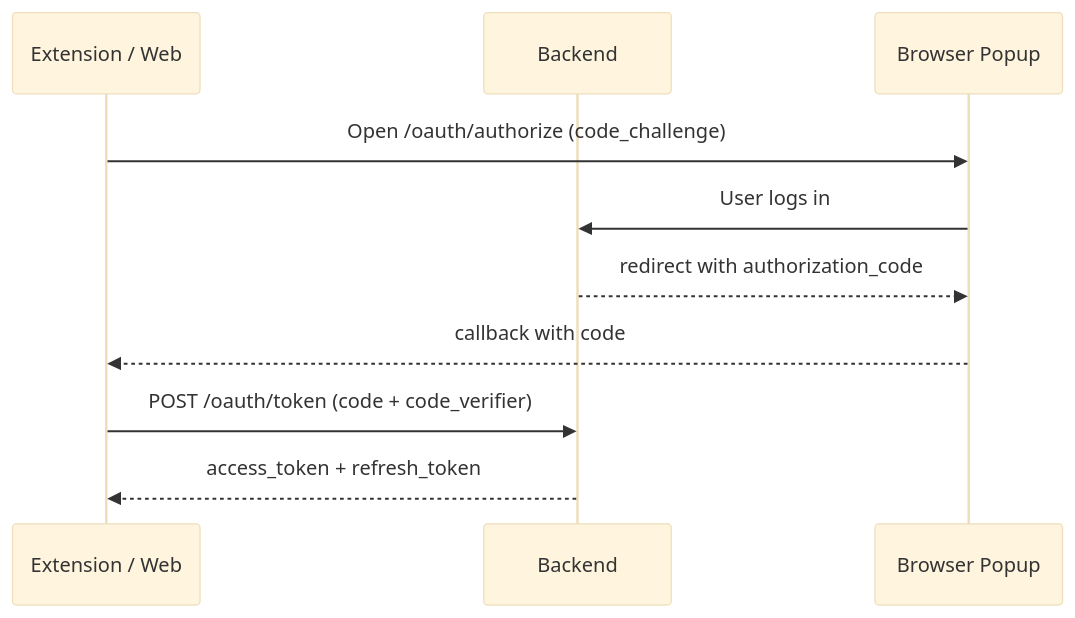
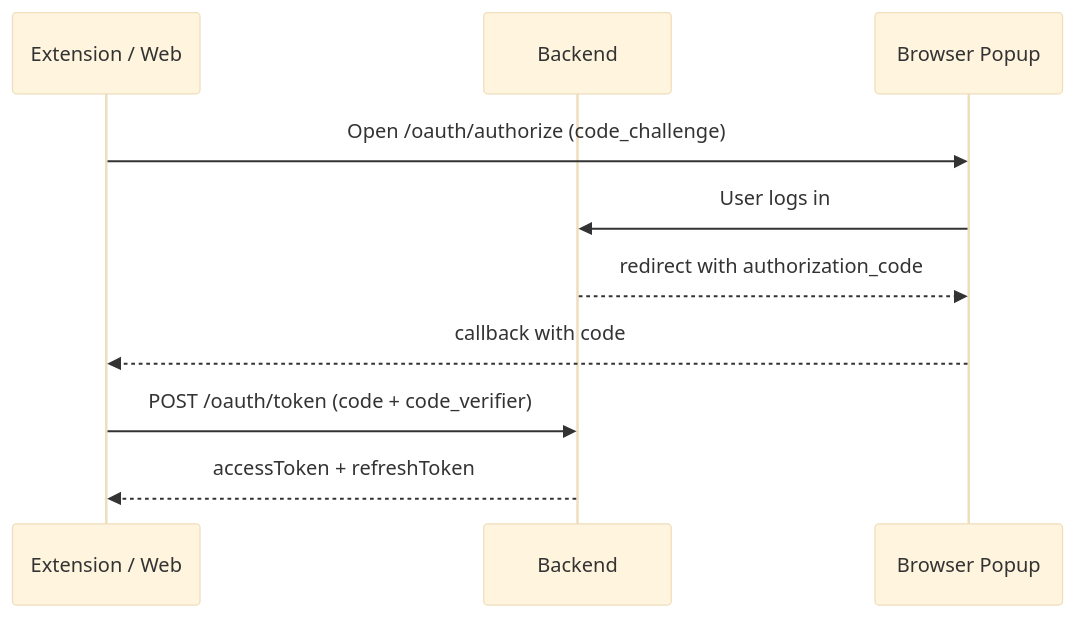
The second of 2 diagrams in architecture/authentication.md (MarketHackerLabs/docs), drawn with Mermaid (base theme) before and after one commit. The commit also changed other lines of this file and 8 other files, not shown here.

````diff
--- a/architecture/authentication.md
+++ b/architecture/authentication.md
@@ -129,13 +131,13 @@
 ```mermaid
 sequenceDiagram
     participant EXT as Extension / Web
     participant API as Backend
     participant BROWSER as Browser Popup
 
     EXT->>BROWSER: Open /oauth/authorize (code_challenge)
     BROWSER->>API: User logs in
     API-->>BROWSER: redirect with authorization_code
     BROWSER-->>EXT: callback with code
     EXT->>API: POST /oauth/token (code + code_verifier)
-    API-->>EXT: access_token + refresh_token
+    API-->>EXT: accessToken + refreshToken
 ```
````
